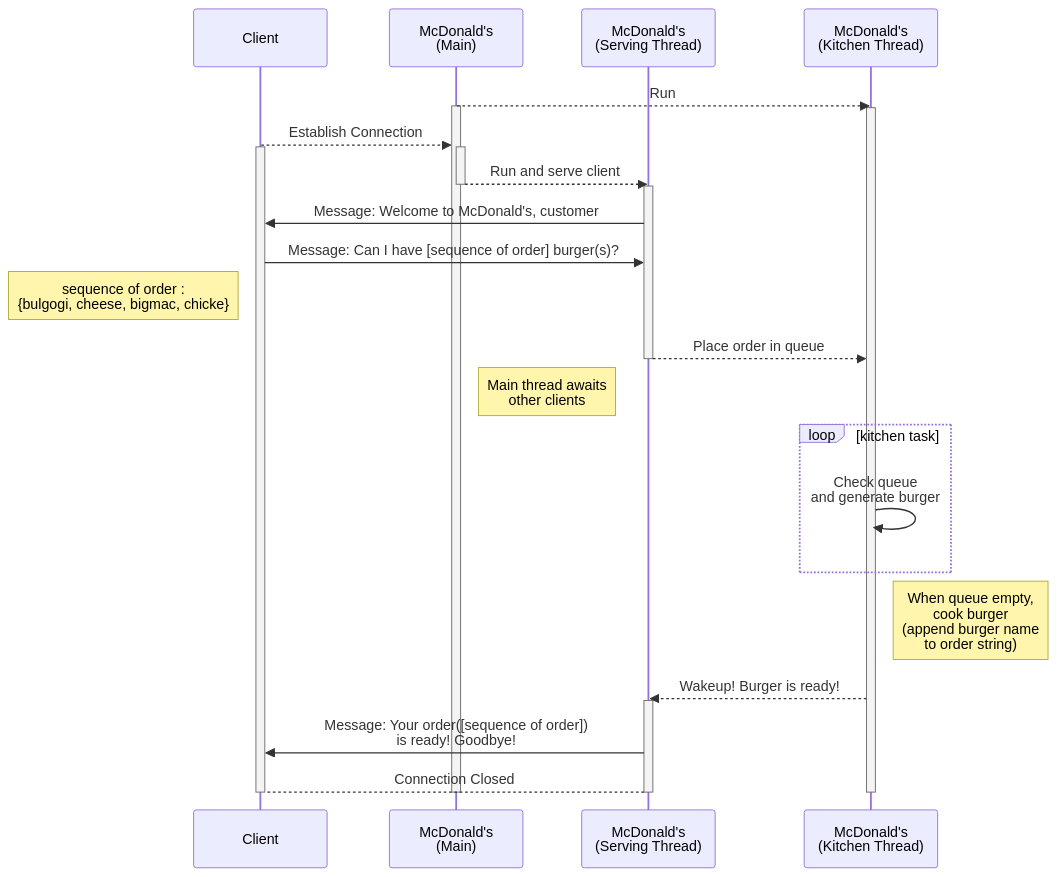
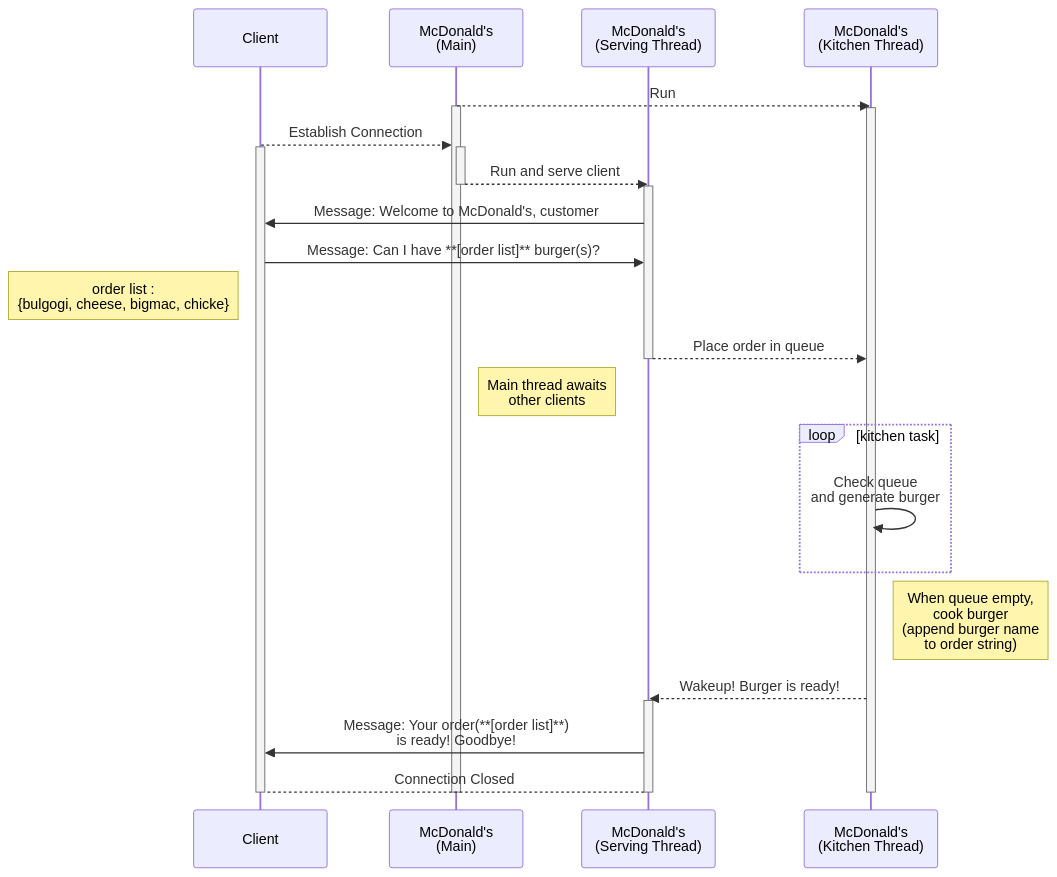
The diagram in README.md (SNU-ARC/2024_spring_sysprog_Lab5), drawn with Mermaid before and after one commit.

````diff
--- a/README.md
+++ b/README.md
@@ -170,34 +170,34 @@
 ```mermaid
 sequenceDiagram
     participant C as Client
     participant M as McDonald's<br>(Main)
     participant S as McDonald's<br>(Serving Thread)
     participant K as McDonald's<br>(Kitchen Thread)
     M-->>K: Run
     Activate M
     Activate K
     C-->>M: Establish Connection
     Activate M
     Activate C
     M-->>S: Run and serve client
     Activate S
     Deactivate M
     S->>C: Message: Welcome to McDonald's, customer #xx
-    C->>S: Message: Can I have [sequence of order] burger(s)?
-    Note left of C : sequence of order :<br> {bulgogi, cheese, bigmac, chicke}
+    C->>S: Message: Can I have **[order list]** burger(s)?
+    Note left of C : order list :<br> {bulgogi, cheese, bigmac, chicke}
     S-->>K: Place order in queue
     Deactivate S
     Note right of M: Main thread awaits<br>other clients
     loop kitchen task
       K->>K: Check queue <br> and generate burger
     end
     Note right of K: When queue empty,<br>cook burger<br>(append burger name<br>to order string)
     K-->>S: Wakeup! Burger is ready!
     Activate S
-    S->>C: Message: Your order([sequence of order]) <br>is ready! Goodbye!
+    S->>C: Message: Your order(**[order list]**) <br>is ready! Goodbye!
     S-->C: Connection Closed
     Deactivate C
     Deactivate K
     Deactivate S
     Deactivate M
 ```
````
